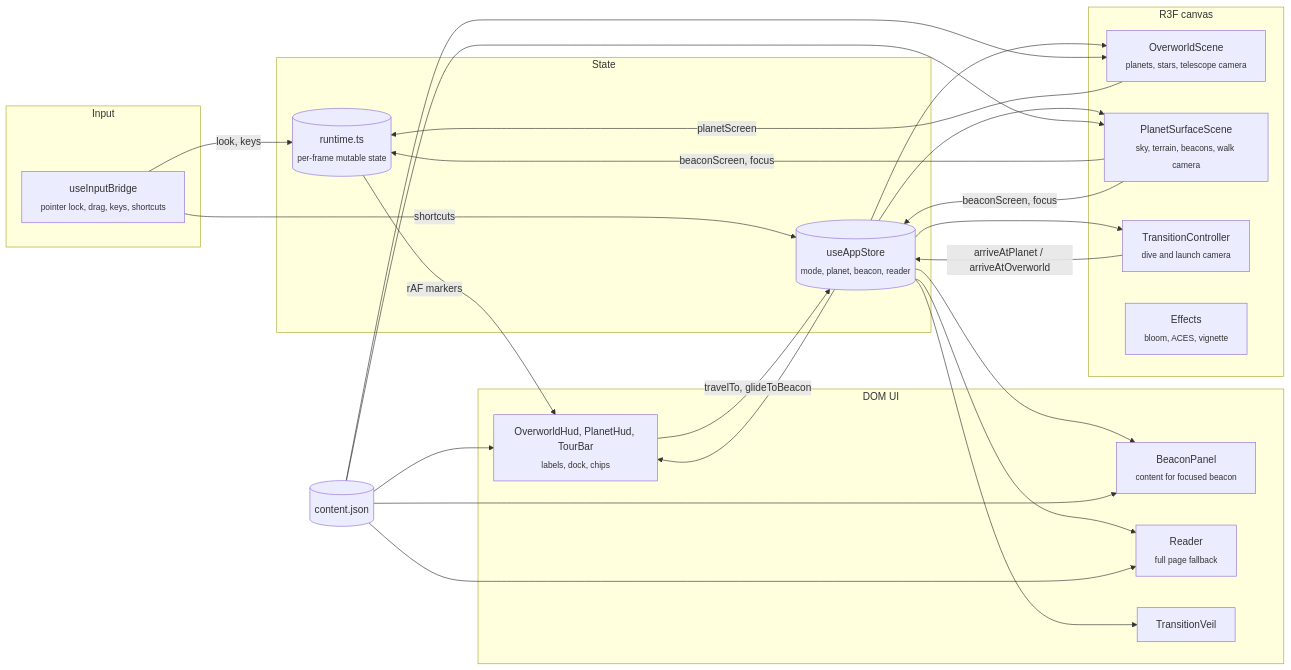
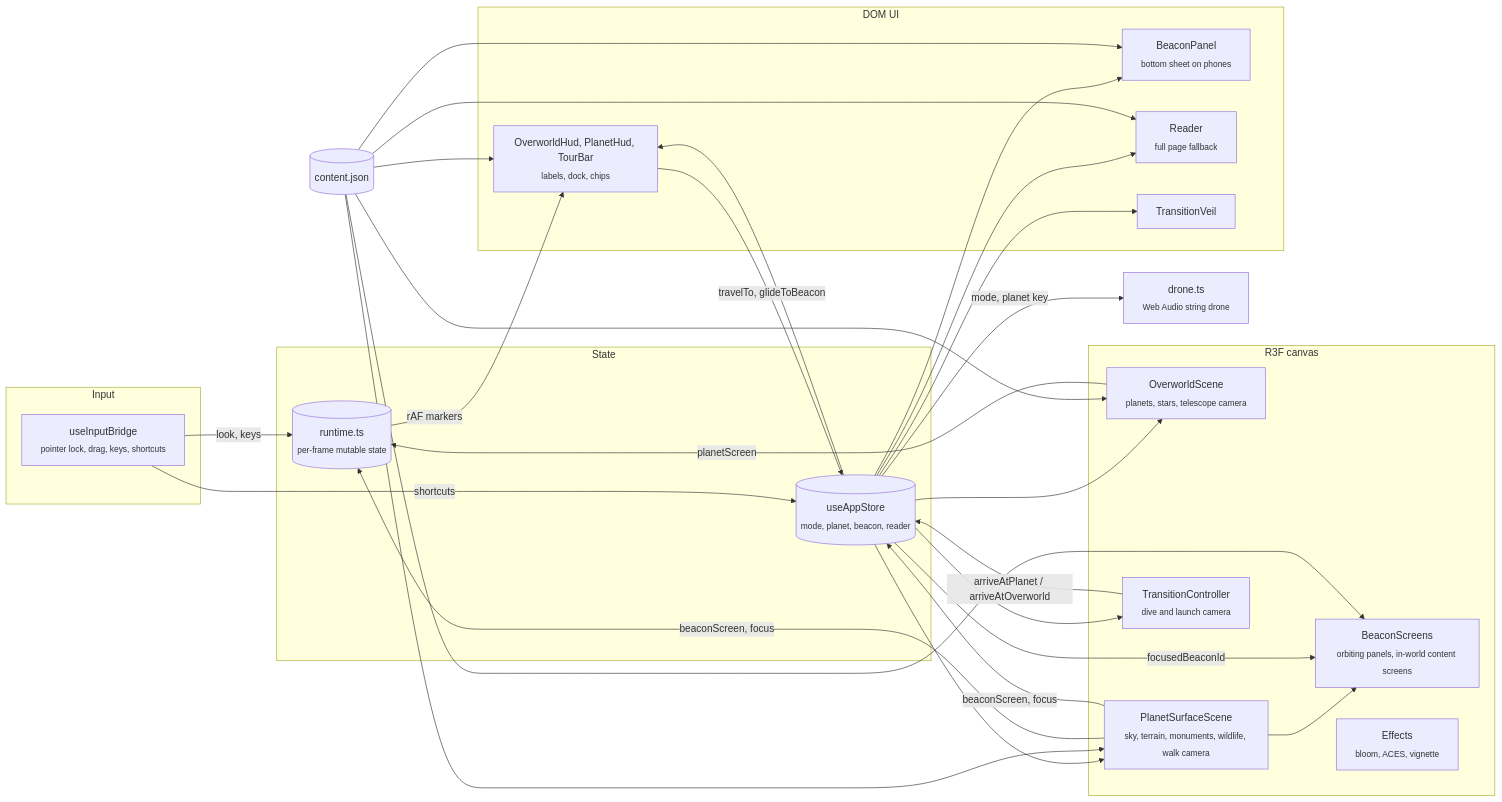
One commit to teddycitrus/portfolio changed the first of 2 diagrams in README.md. Above: the diagram before and after it, drawn with Mermaid. The commit also changed other lines of this file and 20 other files, not shown here.

Commit message:
added themed pillars, orbiting info screens, wildlife, string drone

````diff
--- a/README.md
+++ b/README.md
@@ -19,33 +19,38 @@
 ```mermaid
 flowchart LR
   subgraph Input
     bridge["useInputBridge<br/><sub>pointer lock, drag, keys, shortcuts</sub>"]
   end
   subgraph State
     store[("useAppStore<br/><sub>mode, planet, beacon, reader</sub>")]
     runtime[("runtime.ts<br/><sub>per-frame mutable state</sub>")]
   end
   subgraph Canvas["R3F canvas"]
     overworld["OverworldScene<br/><sub>planets, stars, telescope camera</sub>"]
-    surface["PlanetSurfaceScene<br/><sub>sky, terrain, beacons, walk camera</sub>"]
+    surface["PlanetSurfaceScene<br/><sub>sky, terrain, monuments, wildlife, walk camera</sub>"]
+    screens["BeaconScreens<br/><sub>orbiting panels, in-world content screens</sub>"]
     transition["TransitionController<br/><sub>dive and launch camera</sub>"]
     fx["Effects<br/><sub>bloom, ACES, vignette</sub>"]
   end
   subgraph DOM["DOM UI"]
     hud["OverworldHud, PlanetHud, TourBar<br/><sub>labels, dock, chips</sub>"]
-    panel["BeaconPanel<br/><sub>content for focused beacon</sub>"]
+    panel["BeaconPanel<br/><sub>bottom sheet on phones</sub>"]
     reader["Reader<br/><sub>full page fallback</sub>"]
     veil["TransitionVeil"]
   end
   content[("content.json")]
+  drone["drone.ts<br/><sub>Web Audio string drone</sub>"]
 
   bridge -->|"look, keys"| runtime
   bridge -->|"shortcuts"| store
   store --> overworld & surface & transition & hud & panel & reader & veil
   overworld -->|"planetScreen"| runtime
   surface -->|"beaconScreen, focus"| runtime & store
   runtime -->|"rAF markers"| hud
-  content --> overworld & surface & hud & panel & reader
+  surface --> screens
+  store -->|"focusedBeaconId"| screens
+  store -->|"mode, planet key"| drone
+  content --> overworld & surface & hud & panel & reader & screens
   hud -->|"travelTo, glideToBeacon"| store
   transition -->|"arriveAtPlanet / arriveAtOverworld"| store
 ```
````
